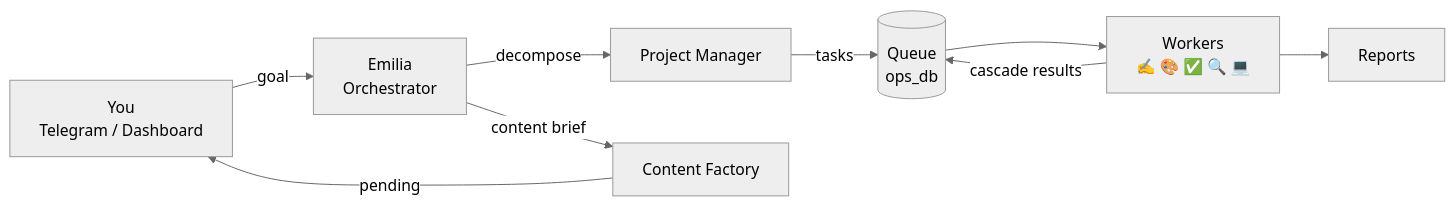
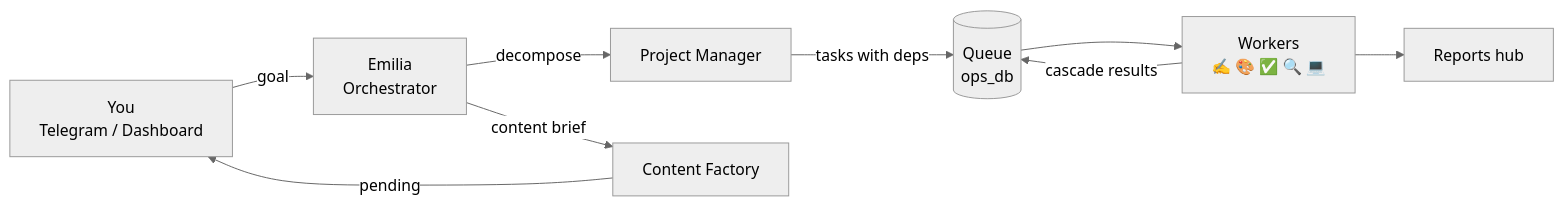
The diagram in README.md (Lenis45/Lenis45), drawn with Mermaid (neutral theme) before and after one commit. The commit also changed other lines of this file, not shown here.

````diff
--- a/README.md
+++ b/README.md
@@ -38,11 +37,11 @@
 ```mermaid
 flowchart LR
     You["You\nTelegram / Dashboard"] -->|goal| E["Emilia\nOrchestrator"]
     E -->|decompose| PM["Project Manager"]
-    PM -->|tasks| Q[("Queue\nops_db")]
+    PM -->|tasks with deps| Q[("Queue\nops_db")]
     Q --> W["Workers\n✍️ 🎨 ✅ 🔍 💻"]
     W -->|cascade results| Q
-    W --> R["Reports"]
+    W --> R["Reports hub"]
     E -->|content brief| CF["Content Factory"]
     CF -->|pending| You
 ```
````
